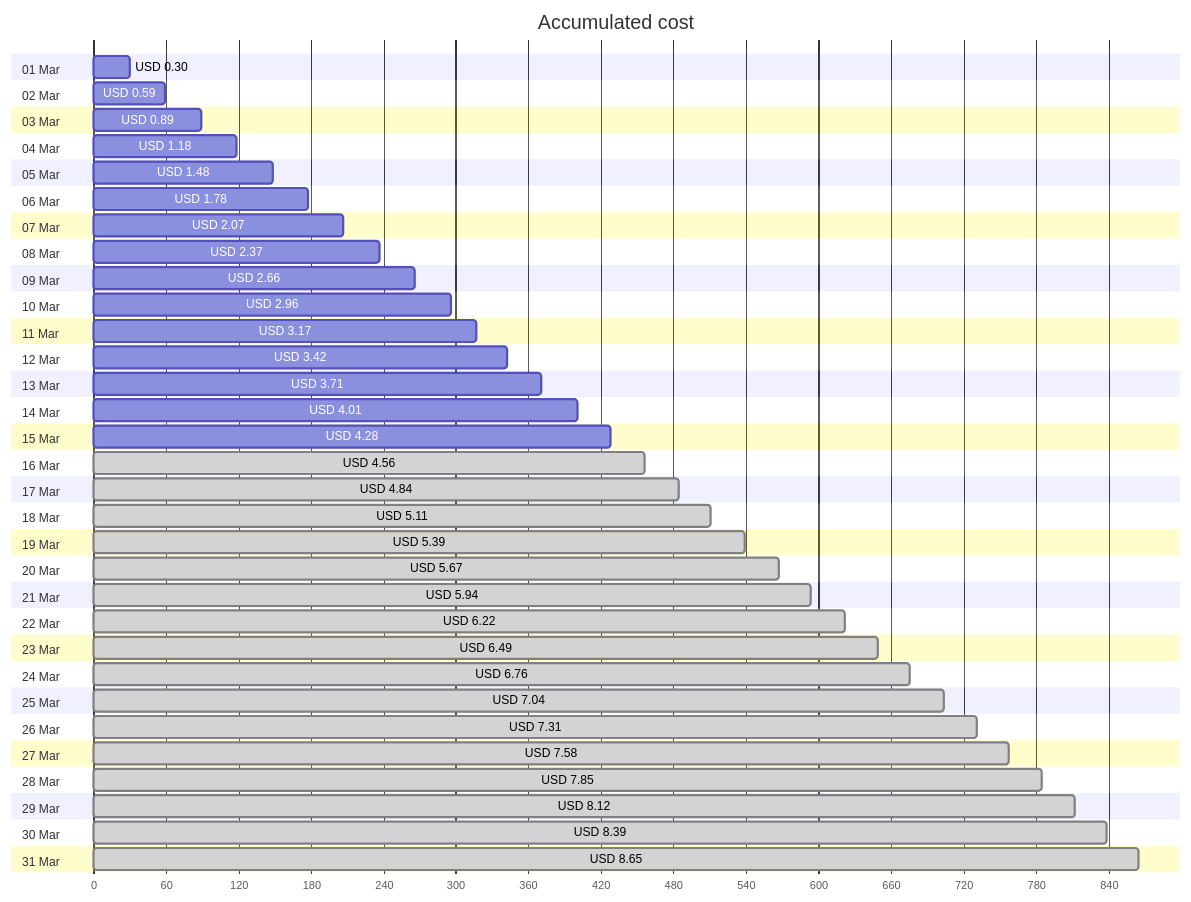
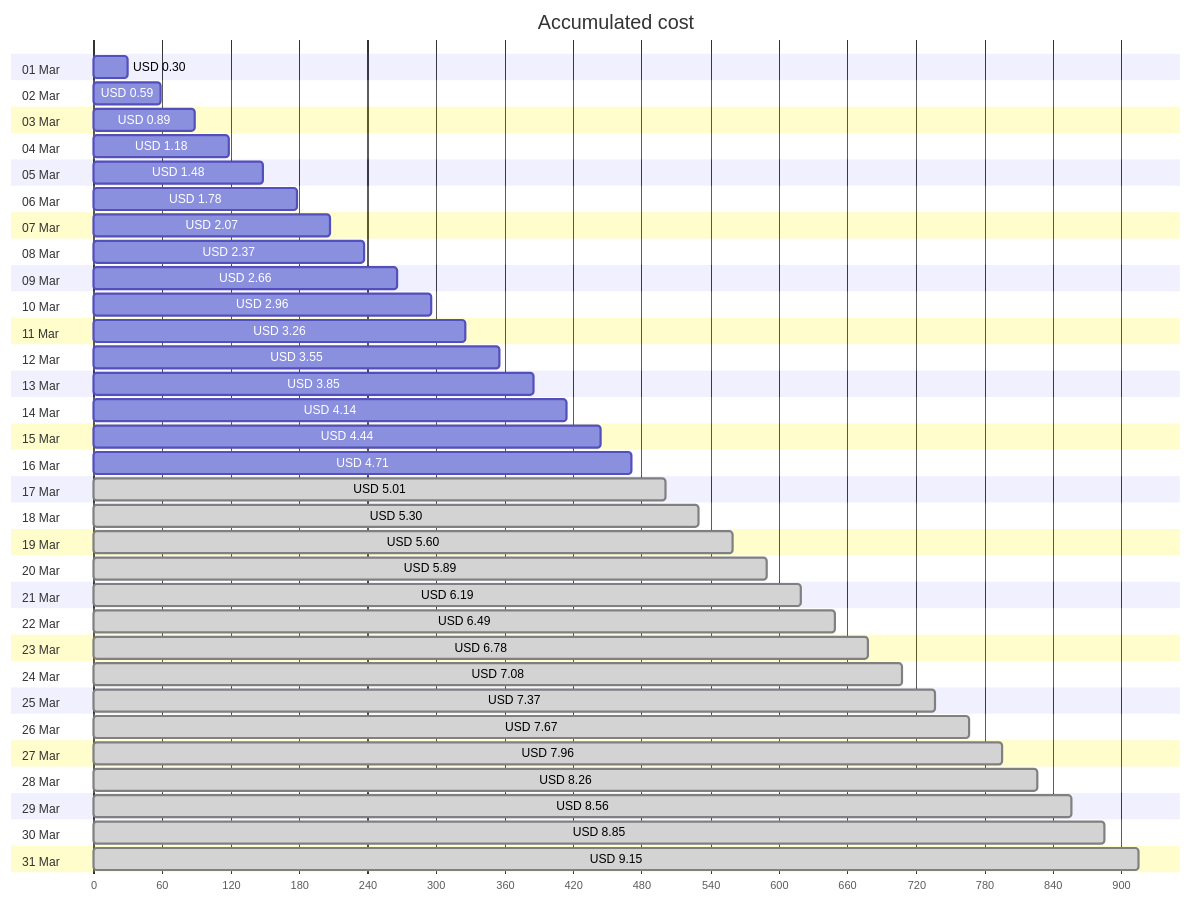
Before and after one commit to jpfulton/azure-personal-reports: the first of 4 diagrams in cost-reports/personal-site/personal-site-preview.md, drawn with Mermaid. The commit also changed other lines of this file and 6 other files, not shown here.

````diff
--- a/cost-reports/personal-site/personal-site-preview.md
+++ b/cost-reports/personal-site/personal-site-preview.md
@@ -20,68 +20,68 @@
 ```mermaid
 gantt
    title Accumulated cost
    dateFormat  X
    axisFormat %s
    section 01 Mar
    USD 0.30 :0, 30
    section 02 Mar
    USD 0.59 :0, 59
    section 03 Mar
    USD 0.89 :0, 89
    section 04 Mar
    USD 1.18 :0, 118
    section 05 Mar
    USD 1.48 :0, 148
    section 06 Mar
    USD 1.78 :0, 178
    section 07 Mar
    USD 2.07 :0, 207
    section 08 Mar
    USD 2.37 :0, 237
    section 09 Mar
    USD 2.66 :0, 266
    section 10 Mar
    USD 2.96 :0, 296
    section 11 Mar
-   USD 3.17 :0, 317
+   USD 3.26 :0, 326
    section 12 Mar
-   USD 3.42 :0, 342
+   USD 3.55 :0, 355
    section 13 Mar
-   USD 3.71 :0, 371
+   USD 3.85 :0, 385
    section 14 Mar
-   USD 4.01 :0, 401
+   USD 4.14 :0, 414
    section 15 Mar
-   USD 4.28 :0, 428
+   USD 4.44 :0, 444
    section 16 Mar
-   USD 4.56 : done, 0, 456
+   USD 4.71 :0, 471
    section 17 Mar
-   USD 4.84 : done, 0, 484
+   USD 5.01 : done, 0, 501
    section 18 Mar
-   USD 5.11 : done, 0, 511
+   USD 5.30 : done, 0, 530
    section 19 Mar
-   USD 5.39 : done, 0, 539
+   USD 5.60 : done, 0, 560
    section 20 Mar
-   USD 5.67 : done, 0, 567
+   USD 5.89 : done, 0, 589
    section 21 Mar
-   USD 5.94 : done, 0, 594
+   USD 6.19 : done, 0, 619
    section 22 Mar
-   USD 6.22 : done, 0, 622
+   USD 6.49 : done, 0, 649
    section 23 Mar
-   USD 6.49 : done, 0, 649
+   USD 6.78 : done, 0, 678
    section 24 Mar
-   USD 6.76 : done, 0, 676
+   USD 7.08 : done, 0, 708
    section 25 Mar
-   USD 7.04 : done, 0, 704
+   USD 7.37 : done, 0, 737
    section 26 Mar
-   USD 7.31 : done, 0, 731
+   USD 7.67 : done, 0, 767
    section 27 Mar
-   USD 7.58 : done, 0, 758
+   USD 7.96 : done, 0, 796
    section 28 Mar
-   USD 7.85 : done, 0, 785
+   USD 8.26 : done, 0, 826
    section 29 Mar
-   USD 8.12 : done, 0, 812
+   USD 8.56 : done, 0, 856
    section 30 Mar
-   USD 8.39 : done, 0, 839
+   USD 8.85 : done, 0, 885
    section 31 Mar
-   USD 8.65 : done, 0, 865
+   USD 9.15 : done, 0, 915
 ```
````
